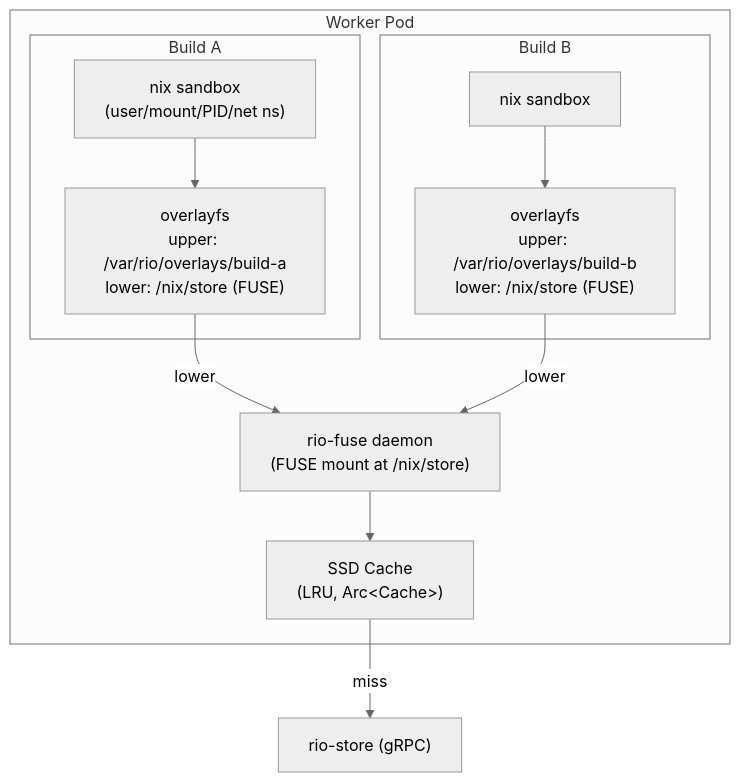
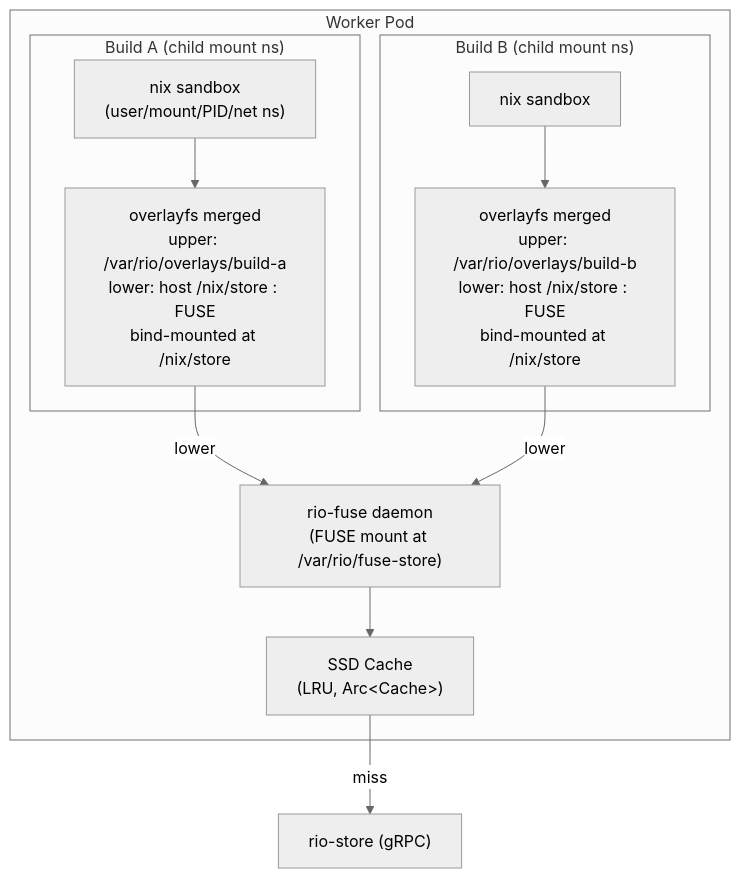
The diagram in docs/src/components/worker.md (Mic92/rio-build), drawn with Mermaid (neutral theme) before and after one commit. The commit also changed other lines of this file and 1 other file, not shown here.

First line of the commit message:
docs(worker): fix FUSE mount point — /var/rio/fuse-store not /nix/store

````diff
--- a/docs/src/components/worker.md
+++ b/docs/src/components/worker.md
@@ -88,23 +88,23 @@
 ```mermaid
 graph TB
     subgraph "Worker Pod"
-        FUSE["rio-fuse daemon<br/>(FUSE mount at /nix/store)"]
+        FUSE["rio-fuse daemon<br/>(FUSE mount at /var/rio/fuse-store)"]
         Cache["SSD Cache<br/>(LRU, Arc&lt;Cache&gt;)"]
-        subgraph "Build A"
-            OA["overlayfs<br/>upper: /var/rio/overlays/build-a<br/>lower: /nix/store (FUSE)"]
+        subgraph "Build A (child mount ns)"
+            OA["overlayfs merged<br/>upper: /var/rio/overlays/build-a<br/>lower: host /nix/store : FUSE<br/>bind-mounted at /nix/store"]
             SA["nix sandbox<br/>(user/mount/PID/net ns)"]
         end
-        subgraph "Build B"
-            OB["overlayfs<br/>upper: /var/rio/overlays/build-b<br/>lower: /nix/store (FUSE)"]
+        subgraph "Build B (child mount ns)"
+            OB["overlayfs merged<br/>upper: /var/rio/overlays/build-b<br/>lower: host /nix/store : FUSE<br/>bind-mounted at /nix/store"]
             SB["nix sandbox"]
         end
     end
     Store["rio-store (gRPC)"]
 
     FUSE --> Cache
     Cache -->|miss| Store
     OA -->|lower| FUSE
     OB -->|lower| FUSE
     SA --> OA
     SB --> OB
 ```
````
